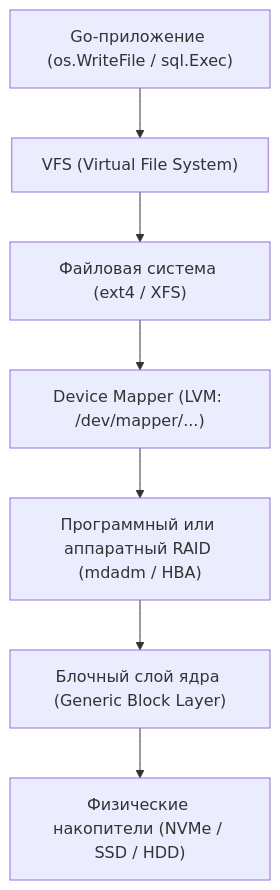
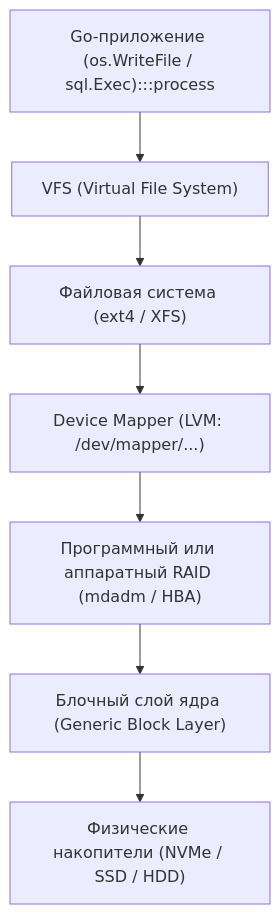
The first of 5 diagrams in sources/2. Устройство и работа ОС/46. RAID, LVM и логические тома.md (UnrealTemplier/go-textbook), drawn with Mermaid before and after one commit. The commit also changed other lines of this file and 1666 other files, not shown here.

First line of the commit message:
feat(mermaid): add semantic color classDef to 1369 colorless flowchart/graph diagrams

````diff
--- a/sources/2. Устройство и работа ОС/46. RAID, LVM и логические тома.md
+++ b/sources/2. Устройство и работа ОС/46. RAID, LVM и логические тома.md
@@ -14,9 +14,19 @@
 ```mermaid
 flowchart TD
-    App["Go-приложение (os.WriteFile / sql.Exec)"] --> VFS["VFS (Virtual File System)"]
+    classDef process  fill:#1e293b,stroke:#38bdf8,stroke-width:1px,color:#f8fafc
+    classDef success  fill:#064e3b,stroke:#34d399,stroke-width:1px,color:#f8fafc
+    classDef error    fill:#7f1d1d,stroke:#f87171,stroke-width:1px,color:#f8fafc
+    classDef warning  fill:#78350f,stroke:#fbbf24,stroke-width:1px,color:#f8fafc
+    classDef entry    fill:#1e3a5f,stroke:#38bdf8,stroke-width:2px,color:#f8fafc
+    classDef aux      fill:#334155,stroke:#64748b,stroke-width:1px,color:#f8fafc
+    classDef system   fill:#312e81,stroke:#a78bfa,stroke-width:1px,color:#f8fafc
+    classDef data     fill:#132d29,stroke:#2dd4bf,stroke-width:1px,color:#f8fafc
+    classDef network  fill:#881337,stroke:#fb7185,stroke-width:1px,color:#f8fafc
+    classDef accent   fill:#1e1b4b,stroke:#818cf8,stroke-width:1px,color:#f8fafc
+    App["Go-приложение (os.WriteFile / sql.Exec):::process"] --> VFS["VFS (Virtual File System)"]
     VFS --> FS["Файловая система (ext4 / XFS)"]
     FS --> DM["Device Mapper (LVM: /dev/mapper/...)"]
     DM --> MD["Программный или аппаратный RAID (mdadm / HBA)"]
     MD --> BLK["Блочный слой ядра (Generic Block Layer)"]
     BLK --> HW["Физические накопители (NVMe / SSD / HDD)"]
 ```
````
